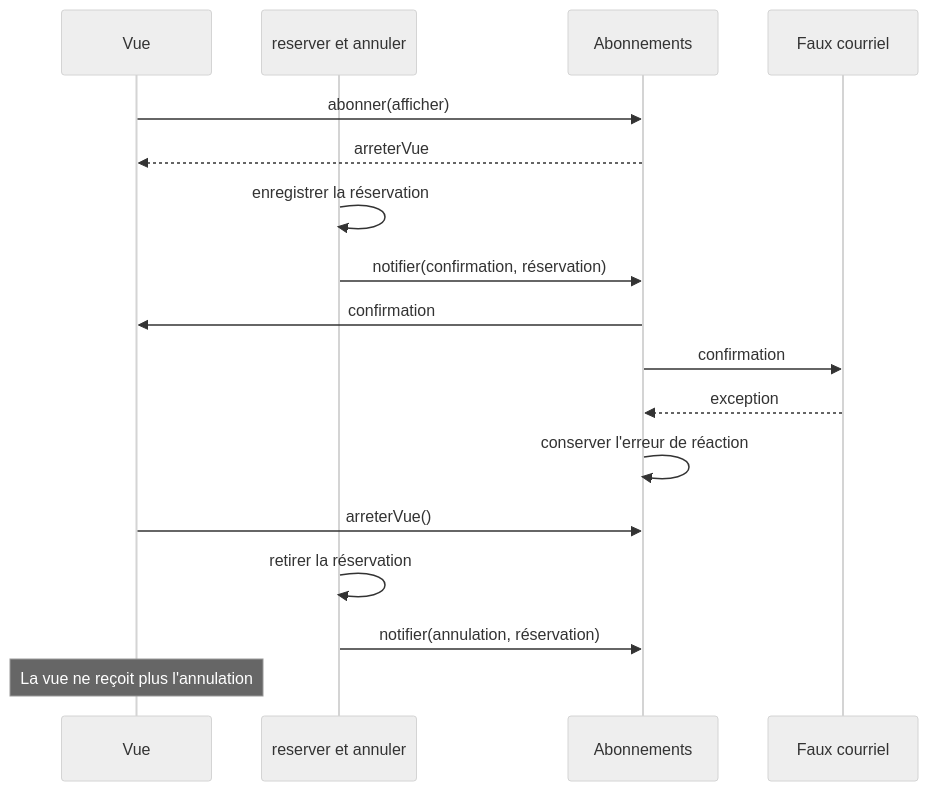
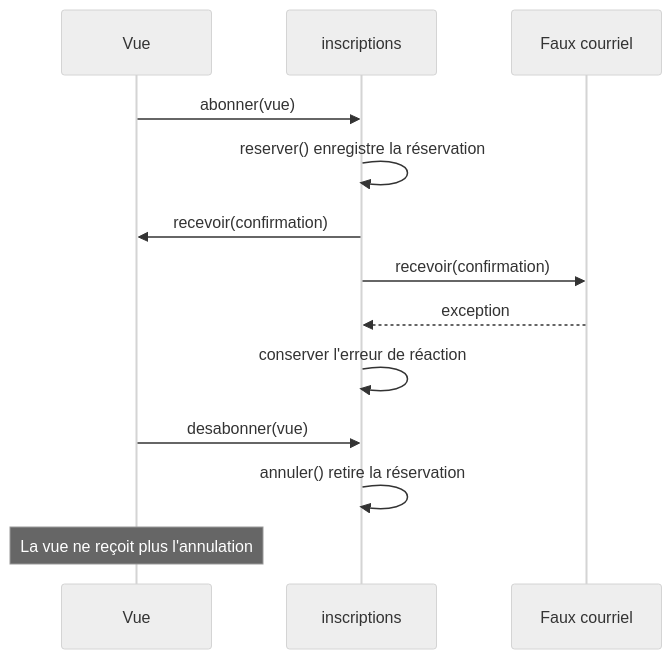
The diagram in src/cours/poo-patterns-frameworks/03-observer.md (theopaolo/dev-carnet), drawn with Mermaid (neutral theme) before and after one commit. The commit also changed other lines of this file and 44 other files, not shown here.

````diff
--- a/src/cours/poo-patterns-frameworks/03-observer.md
+++ b/src/cours/poo-patterns-frameworks/03-observer.md
@@ -79,21 +90,17 @@
 ```mermaid
 sequenceDiagram
   accTitle: La vue reçoit les changements jusqu'à son désabonnement
-  accDescr: La vue s'abonne. La réservation est enregistrée avant la confirmation. Le notifier prévient la vue et conserve séparément l'erreur du faux courriel. Après le désabonnement de la vue, l'annulation ne la prévient plus.
+  accDescr: La vue s'abonne auprès de l'objet inscriptions. La réservation est enregistrée avant la confirmation. Le sujet prévient la vue et conserve séparément l'erreur du faux courriel. Après le désabonnement de la vue, l'annulation ne la prévient plus.
   participant Vue
-  participant Reservation as reserver et annuler
-  participant Sujet as Abonnements
+  participant Sujet as inscriptions
   participant Courriel as Faux courriel
-  Vue->>Sujet: abonner(afficher)
-  Sujet-->>Vue: arreterVue
-  Reservation->>Reservation: enregistrer la réservation
-  Reservation->>Sujet: notifier(confirmation, réservation)
-  Sujet->>Vue: confirmation
-  Sujet->>Courriel: confirmation
+  Vue->>Sujet: abonner(vue)
+  Sujet->>Sujet: reserver() enregistre la réservation
+  Sujet->>Vue: recevoir(confirmation)
+  Sujet->>Courriel: recevoir(confirmation)
   Courriel-->>Sujet: exception
   Sujet->>Sujet: conserver l'erreur de réaction
-  Vue->>Sujet: arreterVue()
-  Reservation->>Reservation: retirer la réservation
-  Reservation->>Sujet: notifier(annulation, réservation)
+  Vue->>Sujet: desabonner(vue)
+  Sujet->>Sujet: annuler() retire la réservation
   Note over Vue: La vue ne reçoit plus l'annulation
 ```
````
